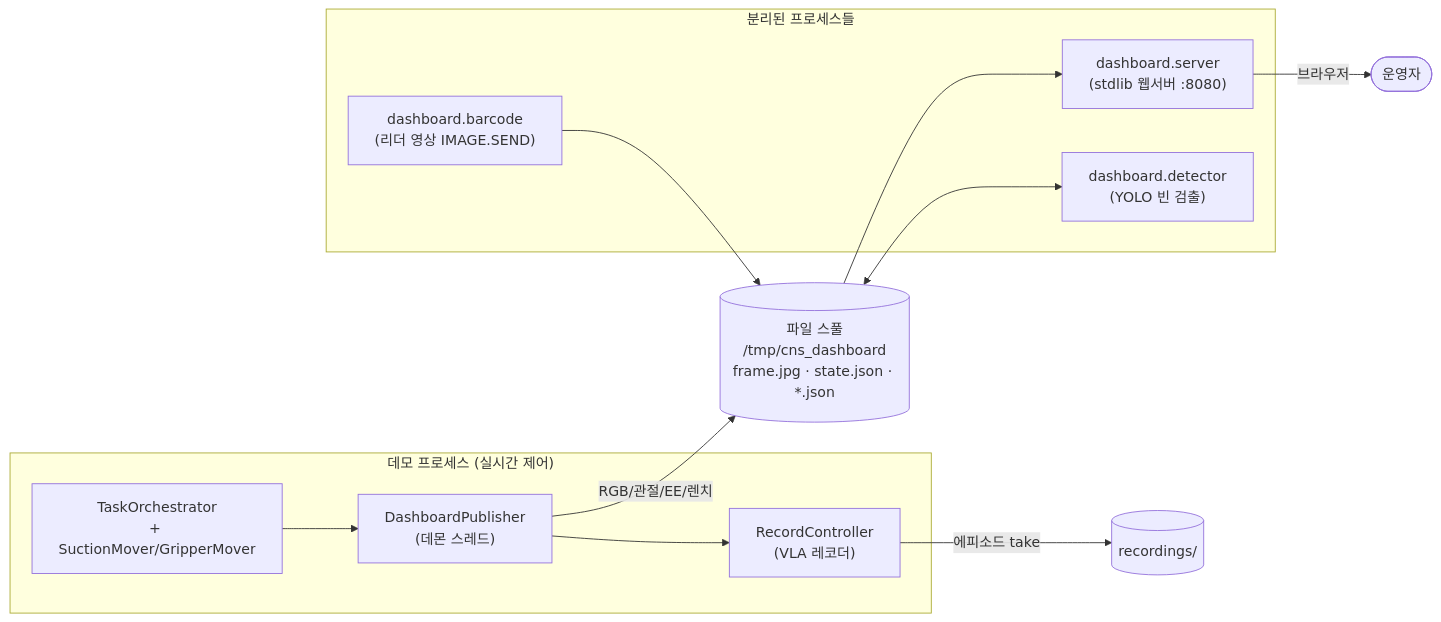
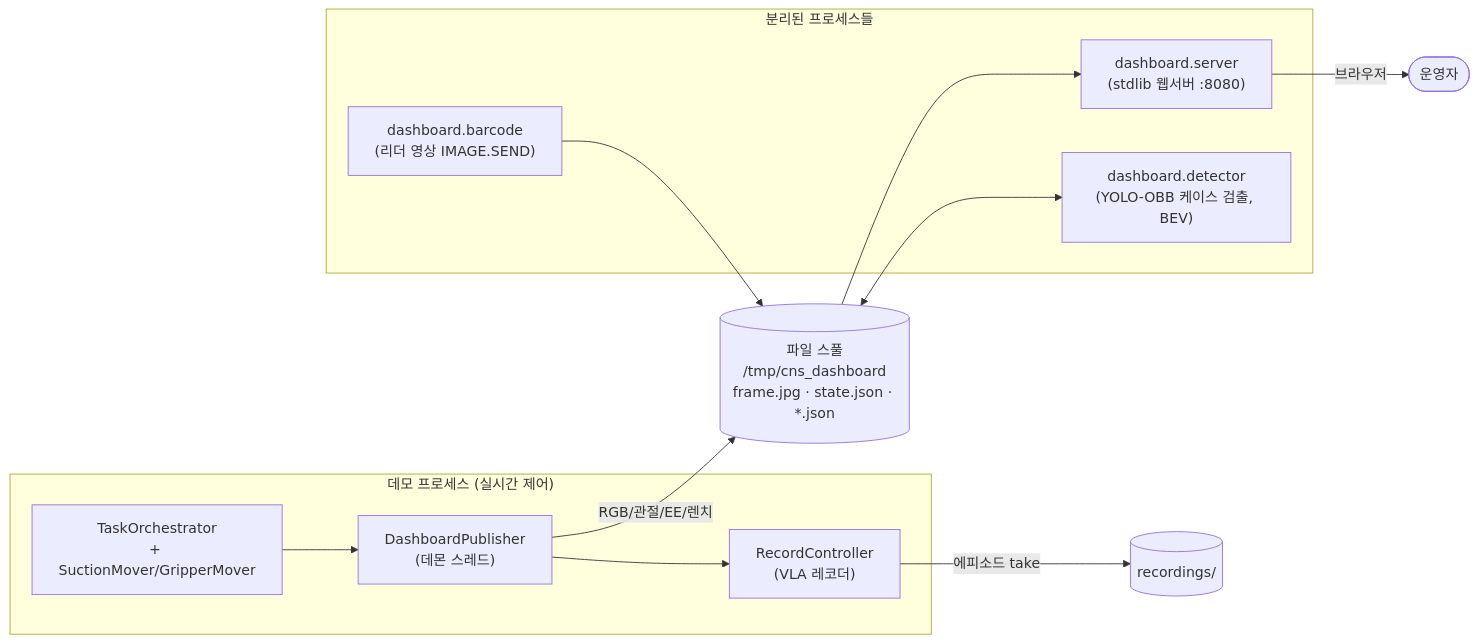
The third of 5 diagrams in LGES/SYSTEM_OVERVIEW.md (Chan-b0b/Dexmate), drawn with Mermaid before and after one commit. The commit also changed 134 other files, not shown here.

````diff
--- a/LGES/SYSTEM_OVERVIEW.md
+++ b/LGES/SYSTEM_OVERVIEW.md
@@ -125,25 +125,25 @@
 ```mermaid
 graph LR
     subgraph DemoProc["데모 프로세스 (실시간 제어)"]
         CTRL["TaskOrchestrator<br/>+ SuctionMover/GripperMover"]
         PUB["DashboardPublisher<br/>(데몬 스레드)"]
         REC["RecordController<br/>(VLA 레코더)"]
     end
 
     SPOOL[("파일 스풀<br/>/tmp/cns_dashboard<br/>frame.jpg · state.json · *.json")]
 
     subgraph Sep["분리된 프로세스들"]
         SRV["dashboard.server<br/>(stdlib 웹서버 :8080)"]
-        DET["dashboard.detector<br/>(YOLO 빈 검출)"]
+        DET["dashboard.detector<br/>(YOLO-OBB 케이스 검출, BEV)"]
         BARIMG["dashboard.barcode<br/>(리더 영상 IMAGE.SEND)"]
     end
 
     CTRL --> PUB
     PUB -->|RGB/관절/EE/렌치| SPOOL
     PUB --> REC
     REC -->|에피소드 take| DISK[("recordings/")]
     SPOOL --> SRV
     SPOOL <--> DET
     BARIMG --> SPOOL
     SRV -->|브라우저| USER([운영자])
 ```
````
